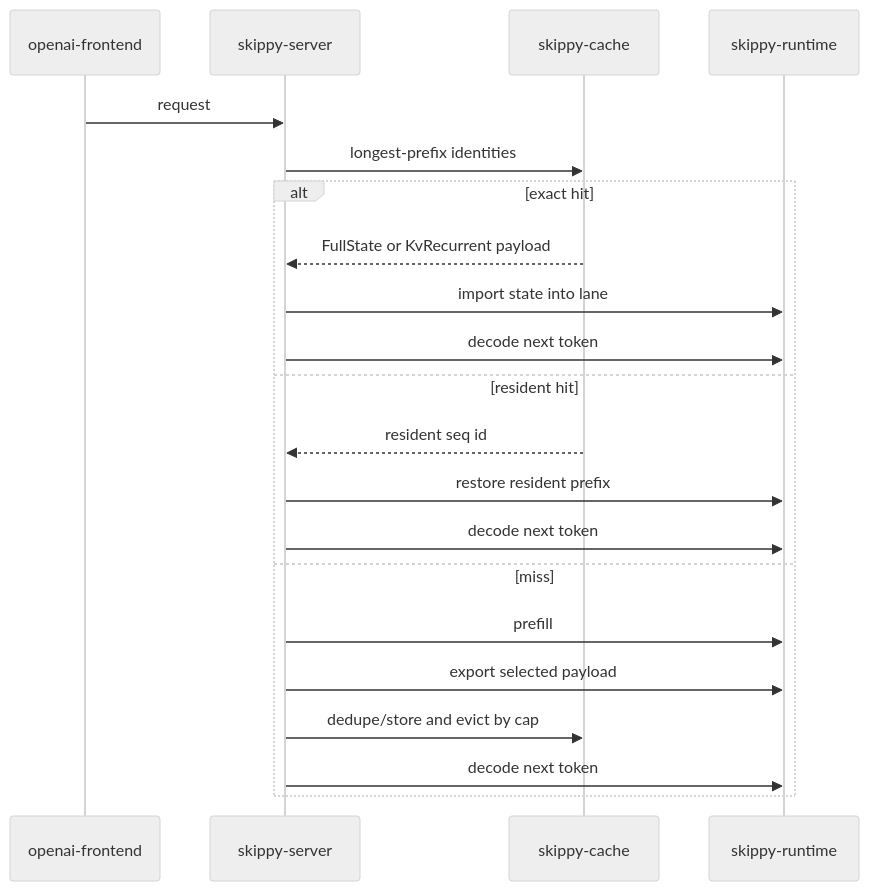
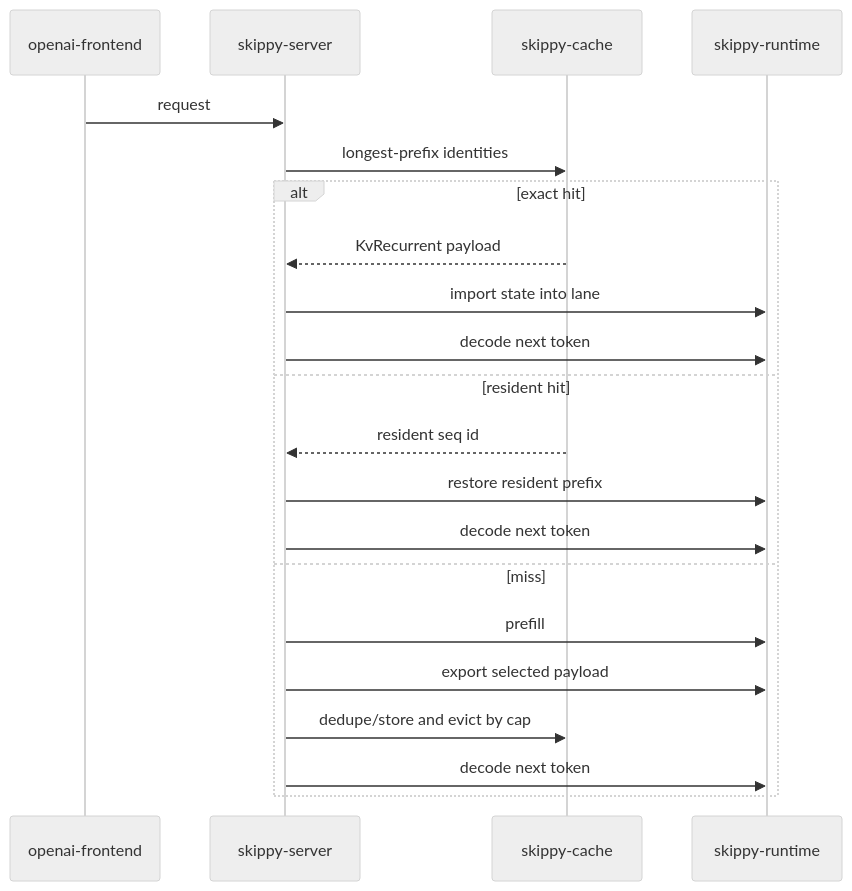
Before and after one commit to michaelneale/mesh-llm: the fifth of 5 diagrams in crates/skippy-cache/README.md, drawn with Mermaid (neutral theme). The commit also changed other lines of this file and 26 other files, not shown here.

````diff
--- a/crates/skippy-cache/README.md
+++ b/crates/skippy-cache/README.md
@@ -156,24 +157,24 @@
 ```mermaid
 sequenceDiagram
     participant O as openai-frontend
     participant S as skippy-server
     participant C as skippy-cache
     participant R as skippy-runtime
 
     O->>S: request
     S->>C: longest-prefix identities
     alt exact hit
-        C-->>S: FullState or KvRecurrent payload
+        C-->>S: KvRecurrent payload
         S->>R: import state into lane
         S->>R: decode next token
     else resident hit
         C-->>S: resident seq id
         S->>R: restore resident prefix
         S->>R: decode next token
     else miss
         S->>R: prefill
         S->>R: export selected payload
         S->>C: dedupe/store and evict by cap
         S->>R: decode next token
     end
 ```
````
